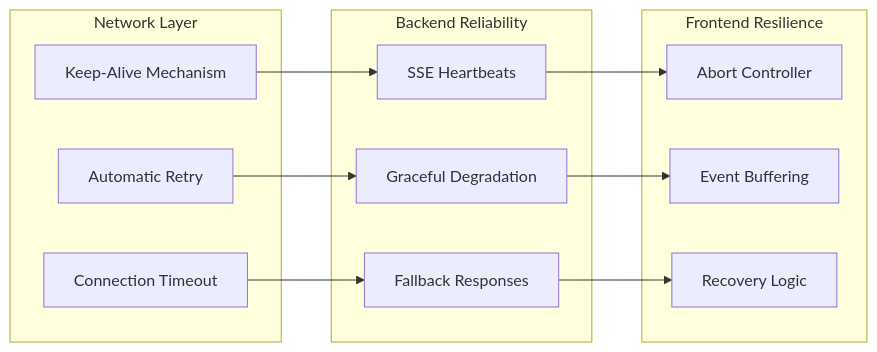
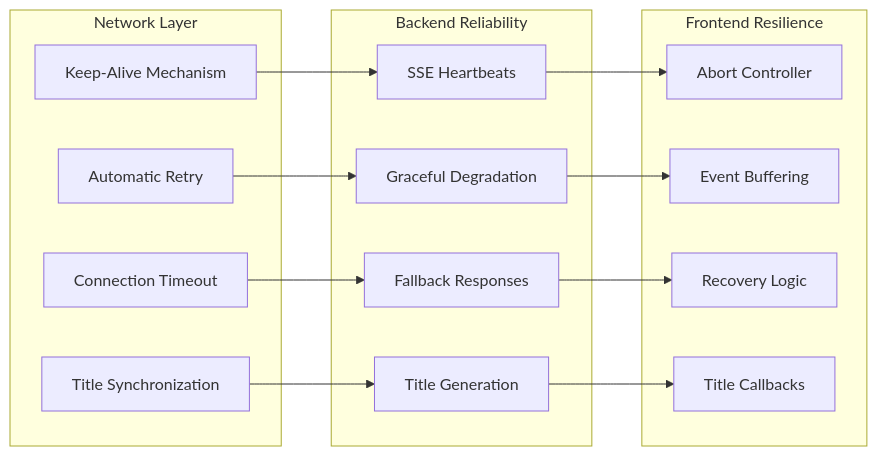
The seventh of 11 diagrams in .qoder/repowiki/en/content/Core Features/Streaming Reliability Enhancements.md (emanuelplopu/MongoDB-RAG-Agent), drawn with Mermaid before and after one commit. The commit also changed other lines of this file and 5 other files, not shown here.

````diff
--- a/.qoder/repowiki/en/content/Core Features/Streaming Reliability Enhancements.md
+++ b/.qoder/repowiki/en/content/Core Features/Streaming Reliability Enhancements.md
@@ -215,24 +321,29 @@
 ```mermaid
 graph LR
 subgraph "Network Layer"
 KeepAlive[Keep-Alive Mechanism]
 Retry[Automatic Retry]
 Timeout[Connection Timeout]
+TitleSync[Title Synchronization]
 end
 subgraph "Backend Reliability"
 Heartbeat[SSE Heartbeats]
 Graceful[Graceful Degradation]
 Fallback[Fallback Responses]
+TitleGen[Title Generation]
 end
 subgraph "Frontend Resilience"
 Abort[Abort Controller]
 Buffer[Event Buffering]
 Recovery[Recovery Logic]
+TitleCallback[Title Callbacks]
 end
 KeepAlive --> Heartbeat
 Retry --> Graceful
 Timeout --> Fallback
 Heartbeat --> Abort
 Graceful --> Buffer
 Fallback --> Recovery
+TitleSync --> TitleGen
+TitleGen --> TitleCallback
 ```
````
